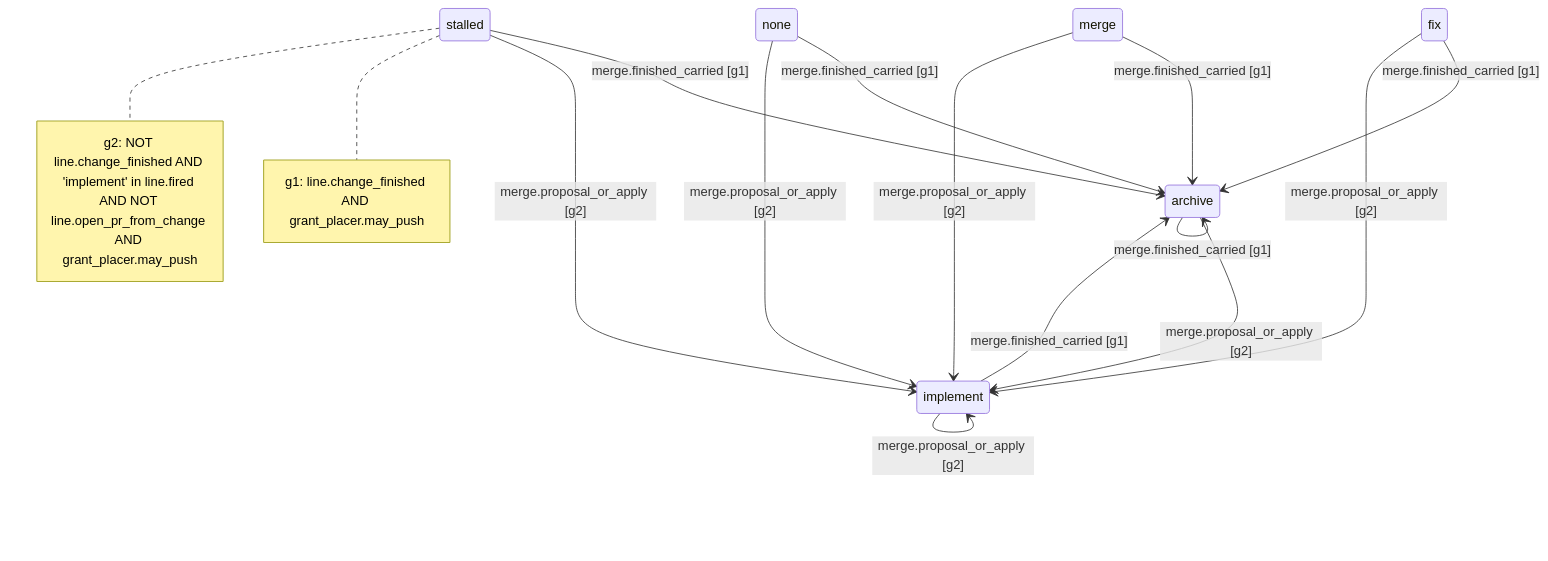
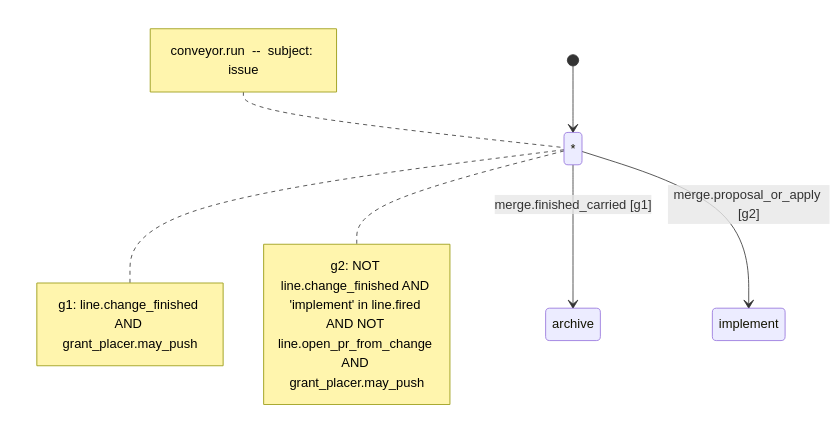
One commit to kostiantyn-matsebora/agent-ops-operator changed the diagram in .github/conveyor-model/mermaid/conveyor_run.mmd. Above: the diagram before and after it, drawn with Mermaid. The commit also changed 9 other files, not shown here.

```diff
--- a/.github/conveyor-model/mermaid/conveyor_run.mmd
+++ b/.github/conveyor-model/mermaid/conveyor_run.mmd
@@ -1,26 +1,20 @@
 stateDiagram-v2
-    %% no single initial state: this conveyor's real trigger fires identically from most of its own states once its guard holds
+    [*] --> any_state
+    note left of any_state
+        conveyor.run  --  subject: issue
+    end note
+    state "*" as any_state
     state none
     state implement
     state fix
     state merge
     state archive
     state stalled
-    archive --> archive : merge.finished_carried [g1]
-    archive --> implement : merge.proposal_or_apply [g2]
-    fix --> archive : merge.finished_carried [g1]
-    fix --> implement : merge.proposal_or_apply [g2]
-    implement --> archive : merge.finished_carried [g1]
-    implement --> implement : merge.proposal_or_apply [g2]
-    merge --> archive : merge.finished_carried [g1]
-    merge --> implement : merge.proposal_or_apply [g2]
-    none --> archive : merge.finished_carried [g1]
-    none --> implement : merge.proposal_or_apply [g2]
-    stalled --> archive : merge.finished_carried [g1]
-    stalled --> implement : merge.proposal_or_apply [g2]
-    note right of stalled
+    any_state --> archive : merge.finished_carried [g1]
+    any_state --> implement : merge.proposal_or_apply [g2]
+    note right of any_state
         g1: line.change_finished AND grant_placer.may_push
     end note
-    note right of stalled
+    note right of any_state
         g2: NOT line.change_finished AND 'implement' in line.fired AND NOT line.open_pr_from_change AND grant_placer.may_push
     end note
```
